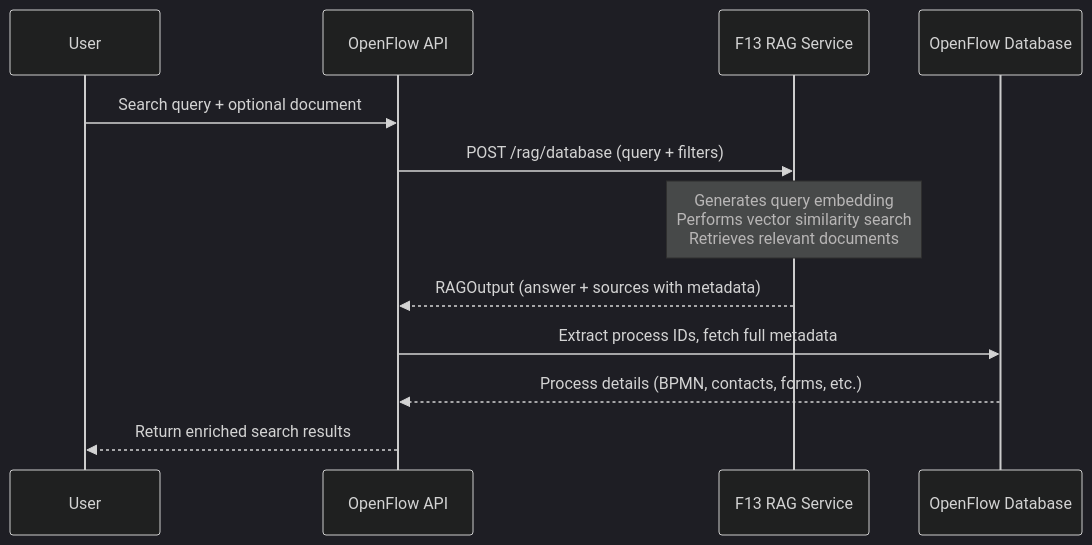
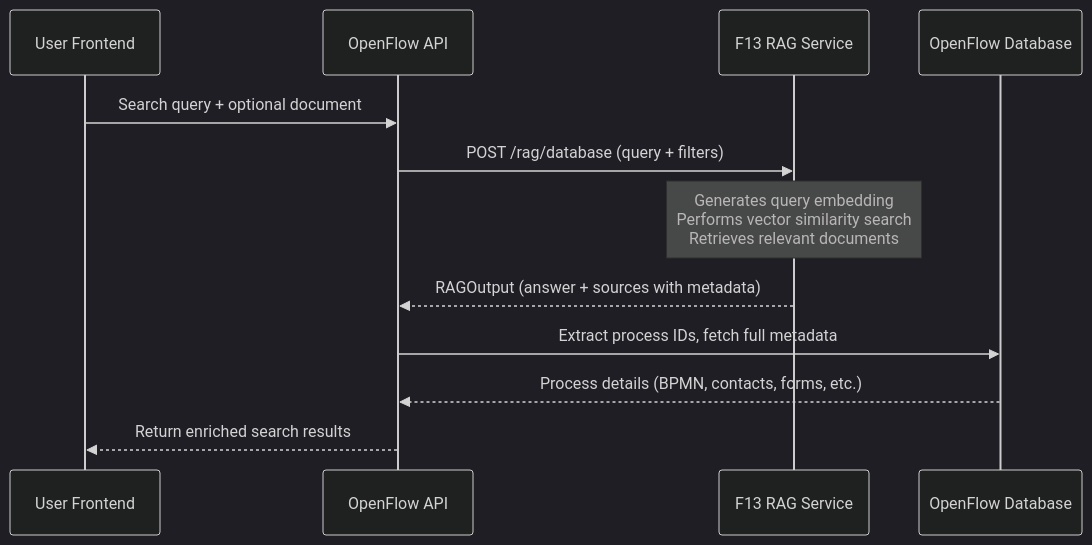
One commit to vensas/govtech-hackathon-2025-openflow changed the fourth of 4 diagrams in demo/openflow-presentation/slides.md. Above: the diagram before and after it, drawn with Mermaid (dark theme). The commit also changed other lines of this file and 3 other files, not shown here.

````diff
--- a/demo/openflow-presentation/slides.md
+++ b/demo/openflow-presentation/slides.md
@@ -213,15 +282,15 @@
 ```mermaid
 sequenceDiagram
-    participant User as User
+    participant User as User Frontend
     participant OpenFlow as OpenFlow API
     participant F13_RAG as F13 RAG Service
     participant OpenFlow_DB as OpenFlow Database
 
     User->>OpenFlow: Search query + optional document
     OpenFlow->>F13_RAG: POST /rag/database (query + filters)
     Note over F13_RAG: Generates query embedding<br/>Performs vector similarity search<br/>Retrieves relevant documents
     F13_RAG-->>OpenFlow: RAGOutput (answer + sources with metadata)
     OpenFlow->>OpenFlow_DB: Extract process IDs, fetch full metadata
     OpenFlow_DB-->>OpenFlow: Process details (BPMN, contacts, forms, etc.)
     OpenFlow-->>User: Return enriched search results
 ```
````
